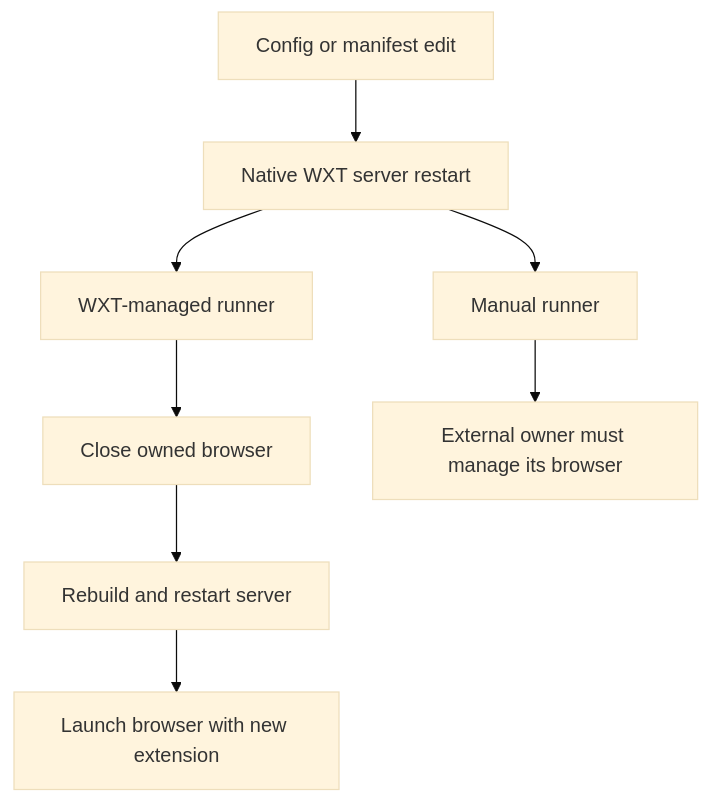
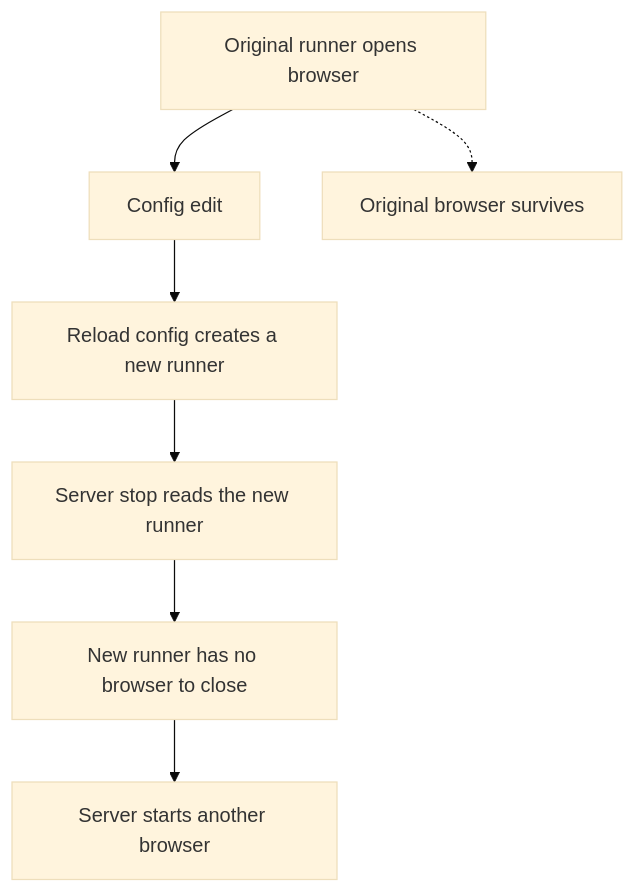
One commit to dvcol/devkit-extension changed the diagram in docs/research/wxt-adoption-gates.md. Above: the diagram before and after it, drawn with Mermaid (base theme). The commit also changed other lines of this file and 38 other files, not shown here.

Commit message:
docs(reload): prove native WXT browser runner ownership fix (#13)

````diff
--- a/docs/research/wxt-adoption-gates.md
+++ b/docs/research/wxt-adoption-gates.md
@@ -21,10 +25,9 @@
 ```mermaid
 flowchart TD
-  Edit[Config or manifest edit] --> Restart[Native WXT server restart]
-  Restart --> Managed[WXT-managed runner]
-  Managed --> Close[Close owned browser]
-  Close --> Rebuild[Rebuild and restart server]
-  Rebuild --> Open[Launch browser with new extension]
-  Restart --> Manual[Manual runner]
-  Manual --> External[External owner must manage its browser]
+  Open[Original runner opens browser] --> Edit[Config edit]
+  Edit --> Config[Reload config creates a new runner]
+  Config --> Stop[Server stop reads the new runner]
+  Stop --> Empty[New runner has no browser to close]
+  Empty --> Restart[Server starts another browser]
+  Open -.-> Survives[Original browser survives]
 ```
````
